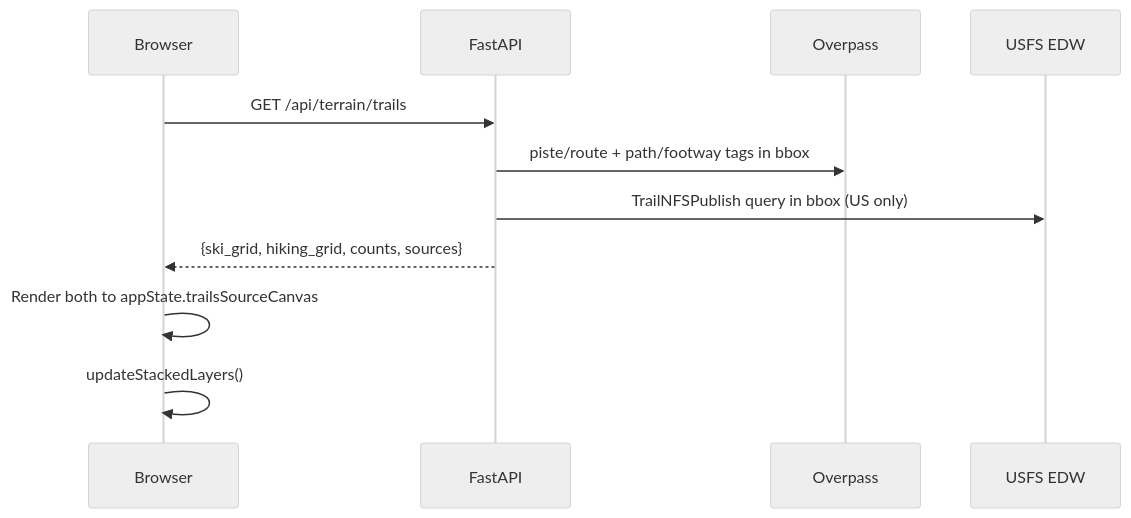
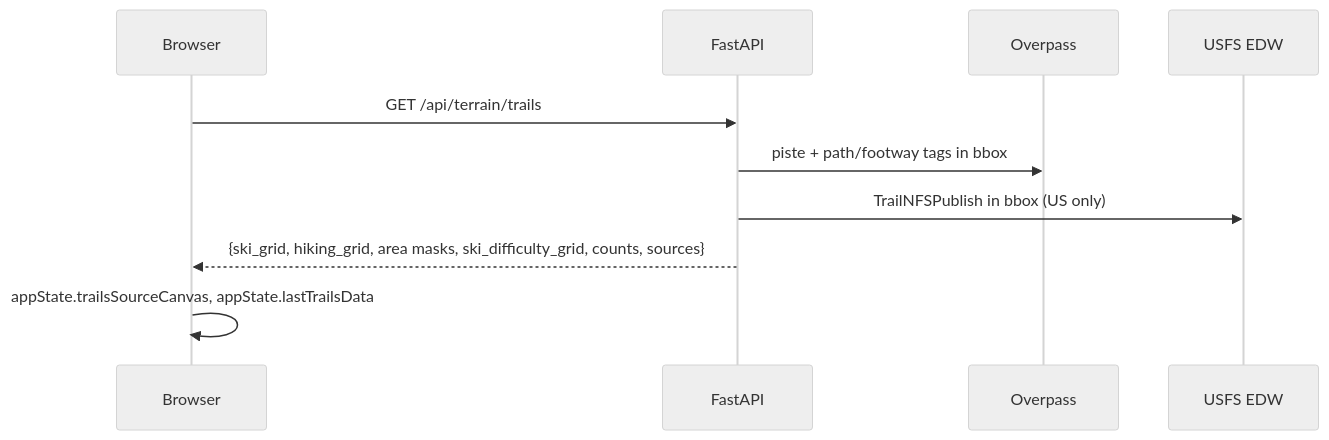
One commit to EdgarCardenasDeLaHoz/map2stl changed the sixth of 7 diagrams in docs/reference/layer-system.md. Above: the diagram before and after it, drawn with Mermaid (neutral theme). The commit also changed other lines of this file and 314 other files, not shown here.

First line of the commit message:
Docs reorganized: one INDEX, guides/, reference/, decisions/, plans roadmap, research/, history/

````diff
--- a/docs/reference/layer-system.md
+++ b/docs/reference/layer-system.md
@@ -167,14 +200,12 @@
 ```mermaid
 sequenceDiagram
     participant FE as Browser
     participant BE as FastAPI
     participant OSM as Overpass
     participant USFS as USFS EDW
-
     FE->>BE: GET /api/terrain/trails
-    BE->>OSM: piste/route + path/footway tags in bbox
-    BE->>USFS: TrailNFSPublish query in bbox (US only)
-    BE-->>FE: {ski_grid, hiking_grid, counts, sources}
-    FE->>FE: Render both to appState.trailsSourceCanvas
-    FE->>FE: updateStackedLayers()
+    BE->>OSM: piste + path/footway tags in bbox
+    BE->>USFS: TrailNFSPublish in bbox (US only)
+    BE-->>FE: {ski_grid, hiking_grid, area masks, ski_difficulty_grid, counts, sources}
+    FE->>FE: appState.trailsSourceCanvas, appState.lastTrailsData
 ```
````
